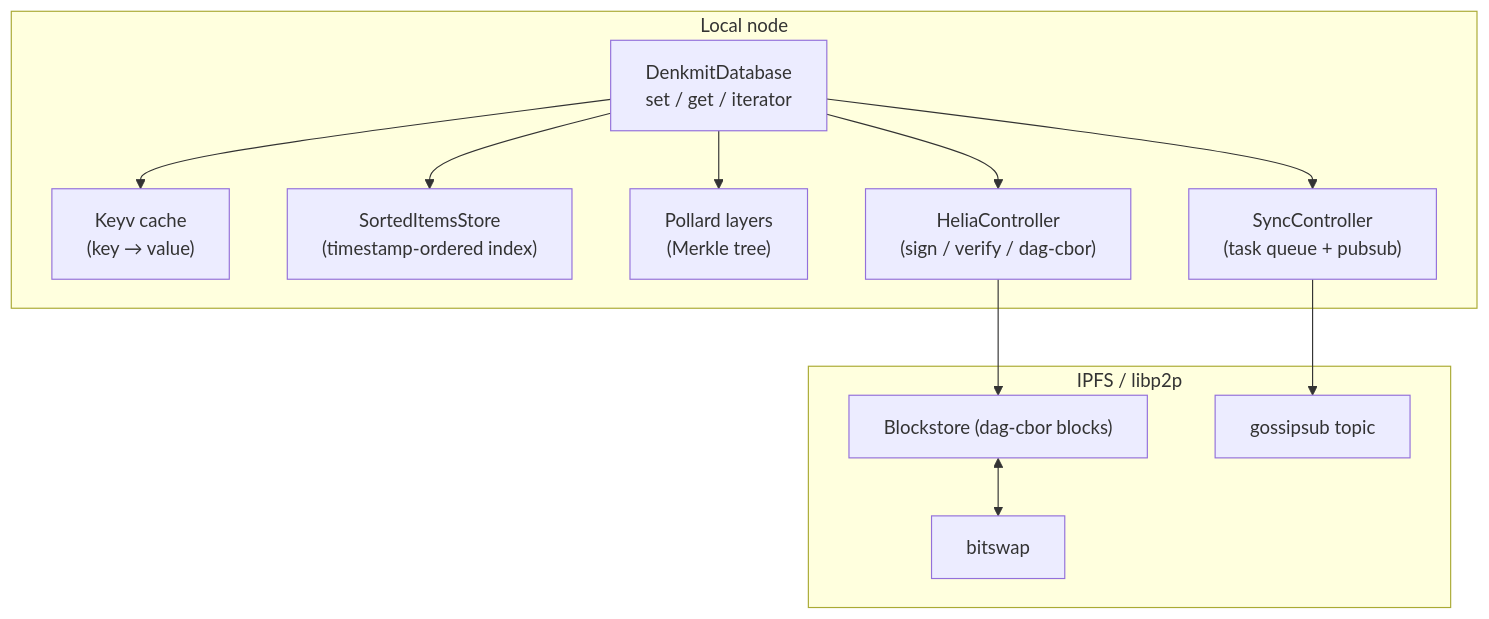
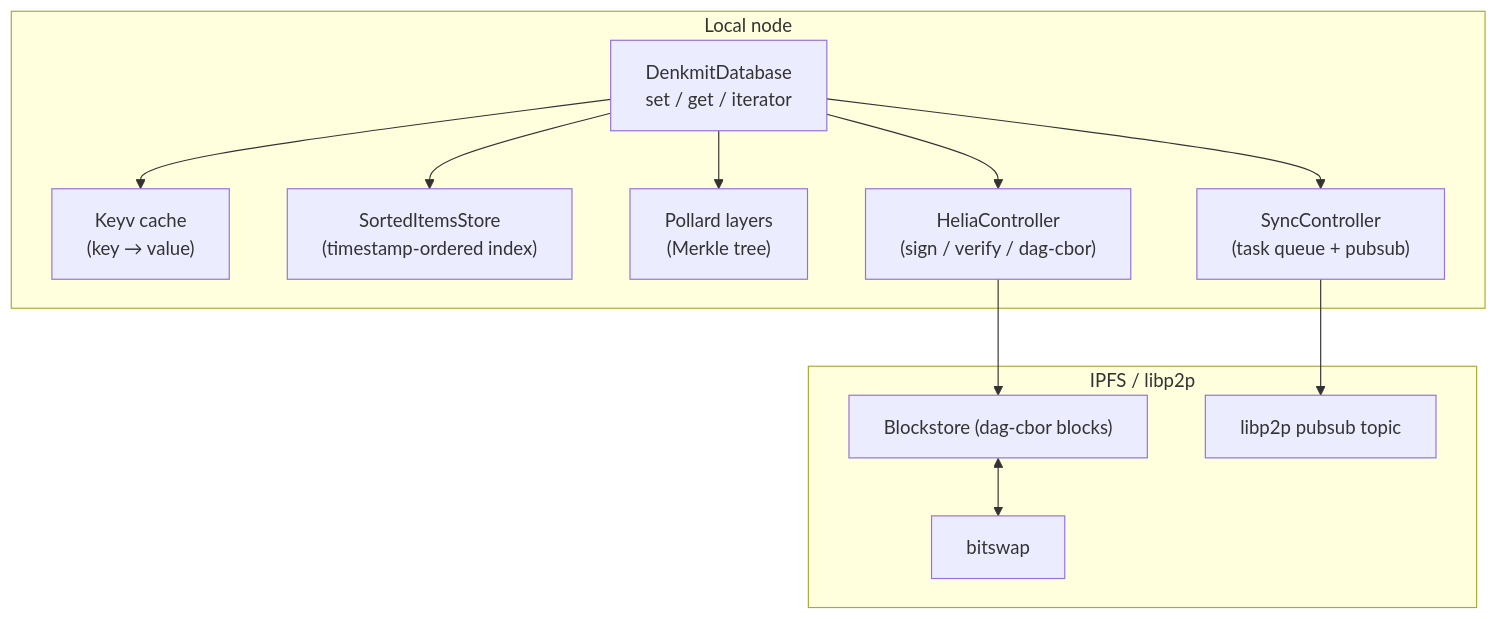
One commit to denkmitdb/denkmitdb changed the first of 3 diagrams in ARCHITECTURE.md. Above: the diagram before and after it, drawn with Mermaid. The commit also changed other lines of this file and 11 other files, not shown here.

````diff
--- a/ARCHITECTURE.md
+++ b/ARCHITECTURE.md
@@ -13,24 +13,24 @@
 ```mermaid
 flowchart TB
     subgraph Node["Local node"]
         API["DenkmitDatabase<br/>set / get / iterator"]
         KV["Keyv cache<br/>(key → value)"]
         SIS["SortedItemsStore<br/>(timestamp-ordered index)"]
         Layers["Pollard layers<br/>(Merkle tree)"]
         Sync["SyncController<br/>(task queue + pubsub)"]
         HC["HeliaController<br/>(sign / verify / dag-cbor)"]
     end
     subgraph IPFS["IPFS / libp2p"]
         Blocks["Blockstore (dag-cbor blocks)"]
-        PubSub["gossipsub topic"]
+        PubSub["libp2p pubsub topic"]
         Bitswap["bitswap"]
     end
     API --> KV
     API --> SIS
     API --> Layers
     API --> Sync
     API --> HC
     HC --> Blocks
     Sync --> PubSub
     Blocks <--> Bitswap
 ```
````
